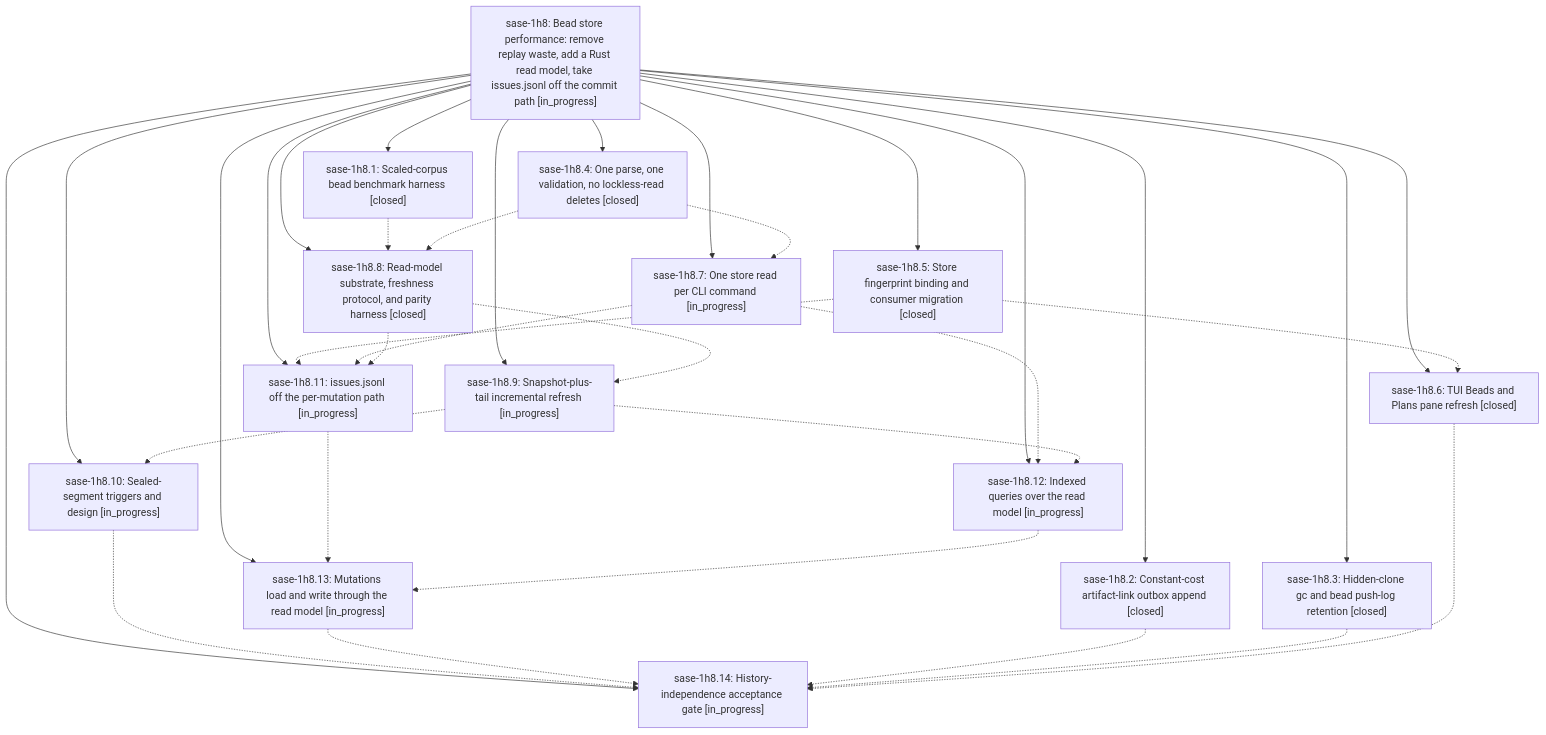
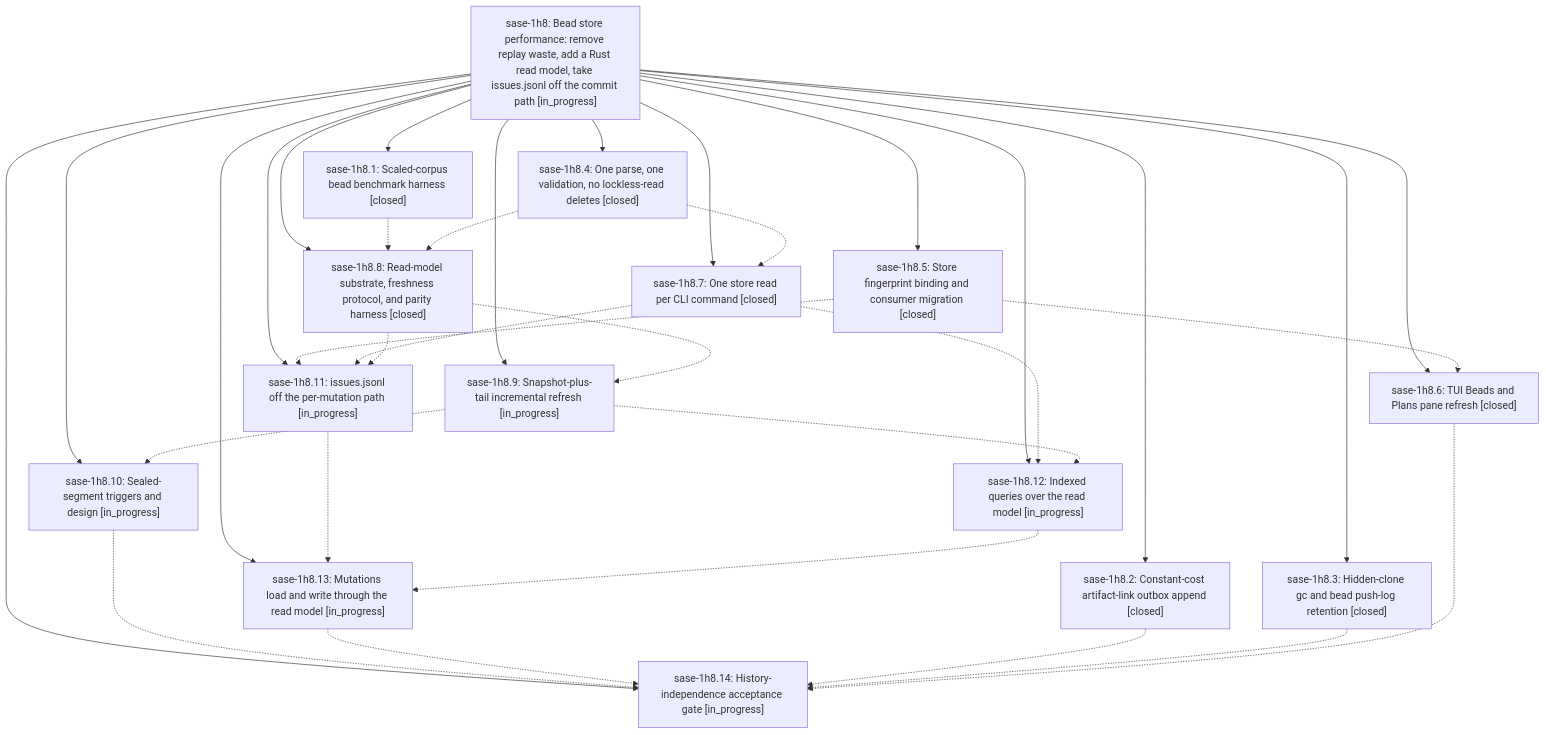
The diagram in pages/sase-1h8/README.md (sase-org/sase--beads), drawn with Mermaid before and after one commit. The commit also changed other lines of this file and 5 other files, not shown here.

````diff
--- a/pages/sase-1h8/README.md
+++ b/pages/sase-1h8/README.md
@@ -35,50 +35,50 @@
 ```mermaid
 flowchart TD
     n0["sase-1h8: Bead store performance: remove replay waste, add a Rust read model, take issues.jsonl off the commit path [in_progress]"]
     n1["sase-1h8.1: Scaled-corpus bead benchmark harness [closed]"]
     n2["sase-1h8.10: Sealed-segment triggers and design [in_progress]"]
     n3["sase-1h8.11: issues.jsonl off the per-mutation path [in_progress]"]
     n4["sase-1h8.12: Indexed queries over the read model [in_progress]"]
     n5["sase-1h8.13: Mutations load and write through the read model [in_progress]"]
     n6["sase-1h8.14: History-independence acceptance gate [in_progress]"]
     n7["sase-1h8.2: Constant-cost artifact-link outbox append [closed]"]
     n8["sase-1h8.3: Hidden-clone gc and bead push-log retention [closed]"]
     n9["sase-1h8.4: One parse, one validation, no lockless-read deletes [closed]"]
     n10["sase-1h8.5: Store fingerprint binding and consumer migration [closed]"]
     n11["sase-1h8.6: TUI Beads and Plans pane refresh [closed]"]
-    n12["sase-1h8.7: One store read per CLI command [in_progress]"]
+    n12["sase-1h8.7: One store read per CLI command [closed]"]
     n13["sase-1h8.8: Read-model substrate, freshness protocol, and parity harness [closed]"]
     n14["sase-1h8.9: Snapshot-plus-tail incremental refresh [in_progress]"]
     n0 --> n1
     n0 --> n2
     n0 --> n3
     n0 --> n4
     n0 --> n5
     n0 --> n6
     n0 --> n7
     n0 --> n8
     n0 --> n9
     n0 --> n10
     n0 --> n11
     n0 --> n12
     n0 --> n13
     n0 --> n14
     n1 -.-> n13
     n2 -.-> n6
     n3 -.-> n5
     n4 -.-> n5
     n5 -.-> n6
     n7 -.-> n6
     n8 -.-> n6
     n9 -.-> n12
     n9 -.-> n13
     n10 -.-> n3
     n10 -.-> n11
     n11 -.-> n6
     n12 -.-> n3
     n12 -.-> n4
     n13 -.-> n3
     n13 -.-> n14
     n14 -.-> n2
     n14 -.-> n4
 ```
````
